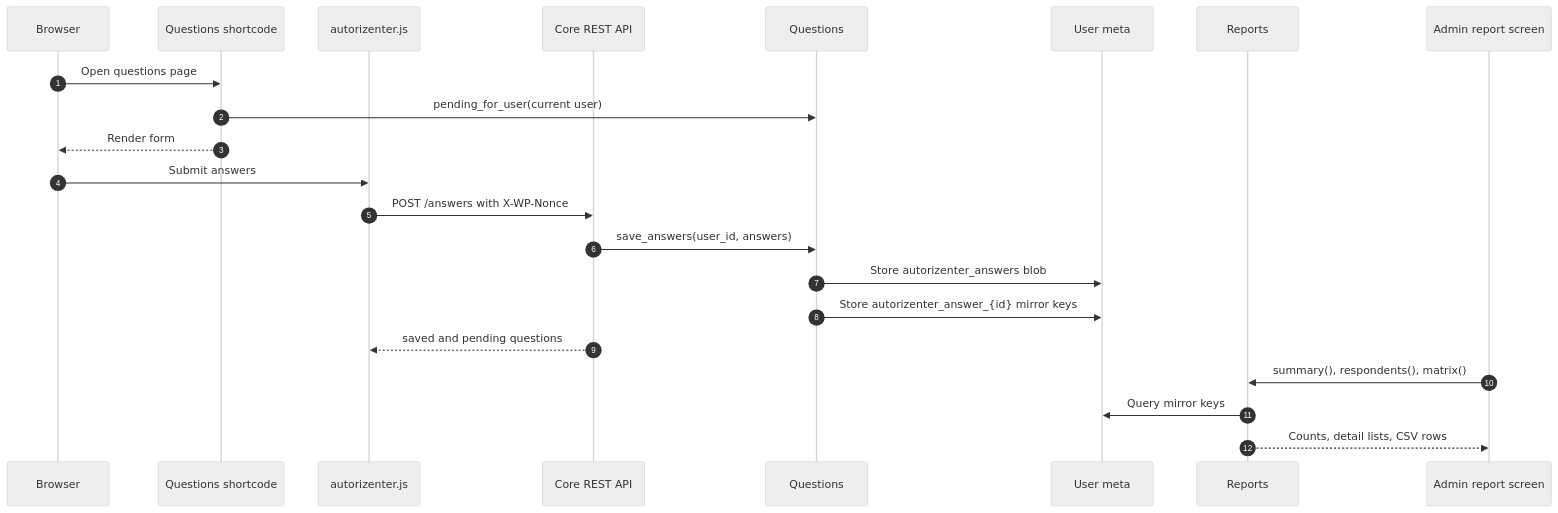
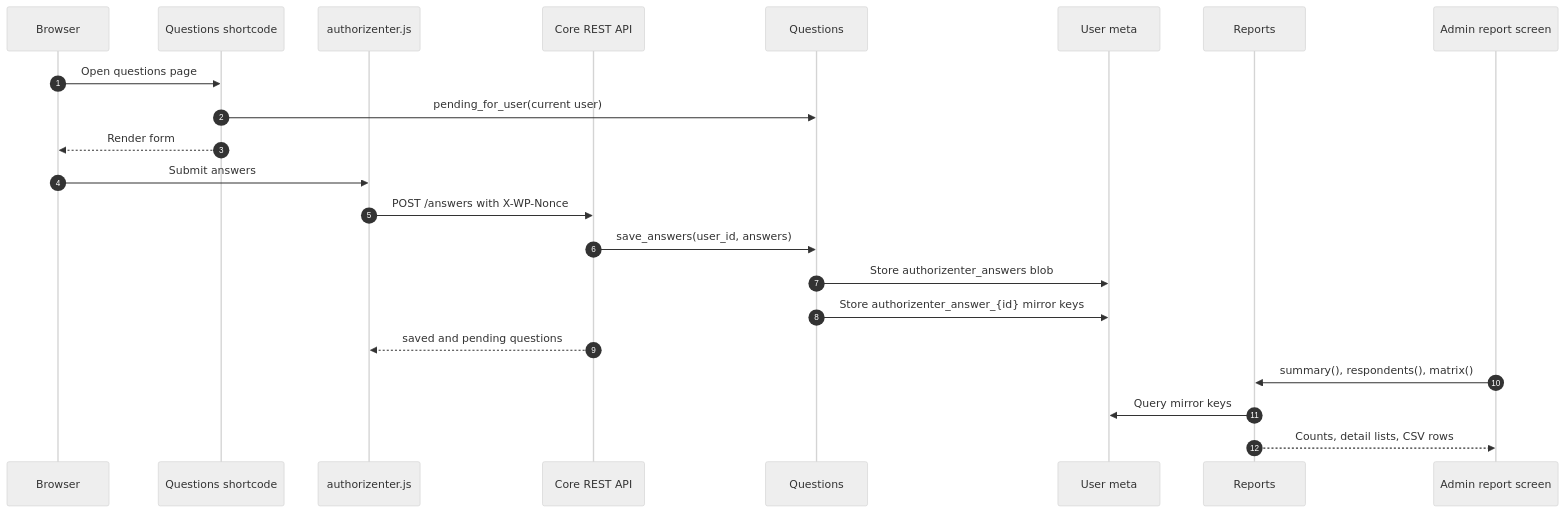
One commit to wachiravit-thitagran/Authorizenter changed the seventh of 8 diagrams in ARCHITECTURE.md. Above: the diagram before and after it, drawn with Mermaid (neutral theme). The commit also changed other lines of this file and 124 other files, not shown here.

First line of the commit message:
refactor: rename project autorizenter -> authorizenter (with migration)

````diff
--- a/ARCHITECTURE.md
+++ b/ARCHITECTURE.md
@@ -329,25 +329,25 @@
 ```mermaid
 sequenceDiagram
   autonumber
   participant B as Browser
   participant UI as Questions shortcode
-  participant JS as autorizenter.js
+  participant JS as authorizenter.js
   participant REST as Core REST API
   participant Q as Questions
   participant UM as User meta
   participant R as Reports
   participant Admin as Admin report screen
 
   B->>UI: Open questions page
   UI->>Q: pending_for_user(current user)
   UI-->>B: Render form
   B->>JS: Submit answers
   JS->>REST: POST /answers with X-WP-Nonce
   REST->>Q: save_answers(user_id, answers)
-  Q->>UM: Store autorizenter_answers blob
-  Q->>UM: Store autorizenter_answer_{id} mirror keys
+  Q->>UM: Store authorizenter_answers blob
+  Q->>UM: Store authorizenter_answer_{id} mirror keys
   REST-->>JS: saved and pending questions
   Admin->>R: summary(), respondents(), matrix()
   R->>UM: Query mirror keys
   R-->>Admin: Counts, detail lists, CSV rows
 ```
````
